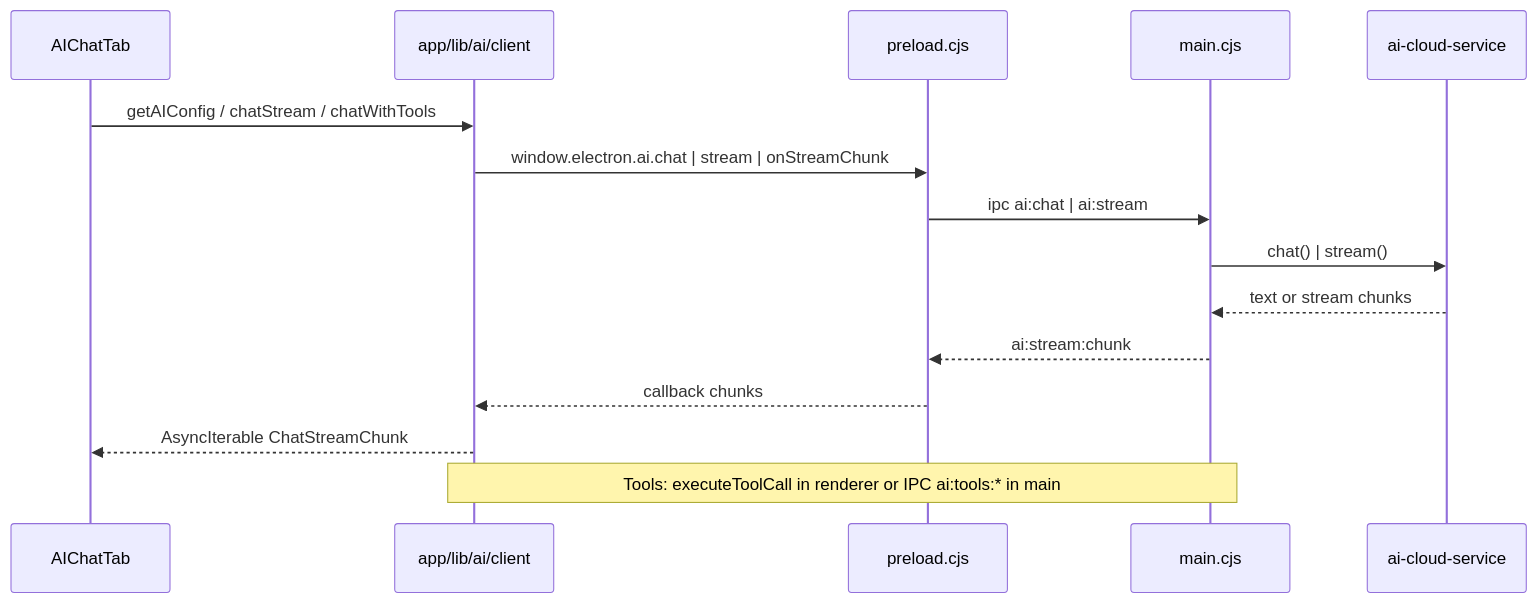
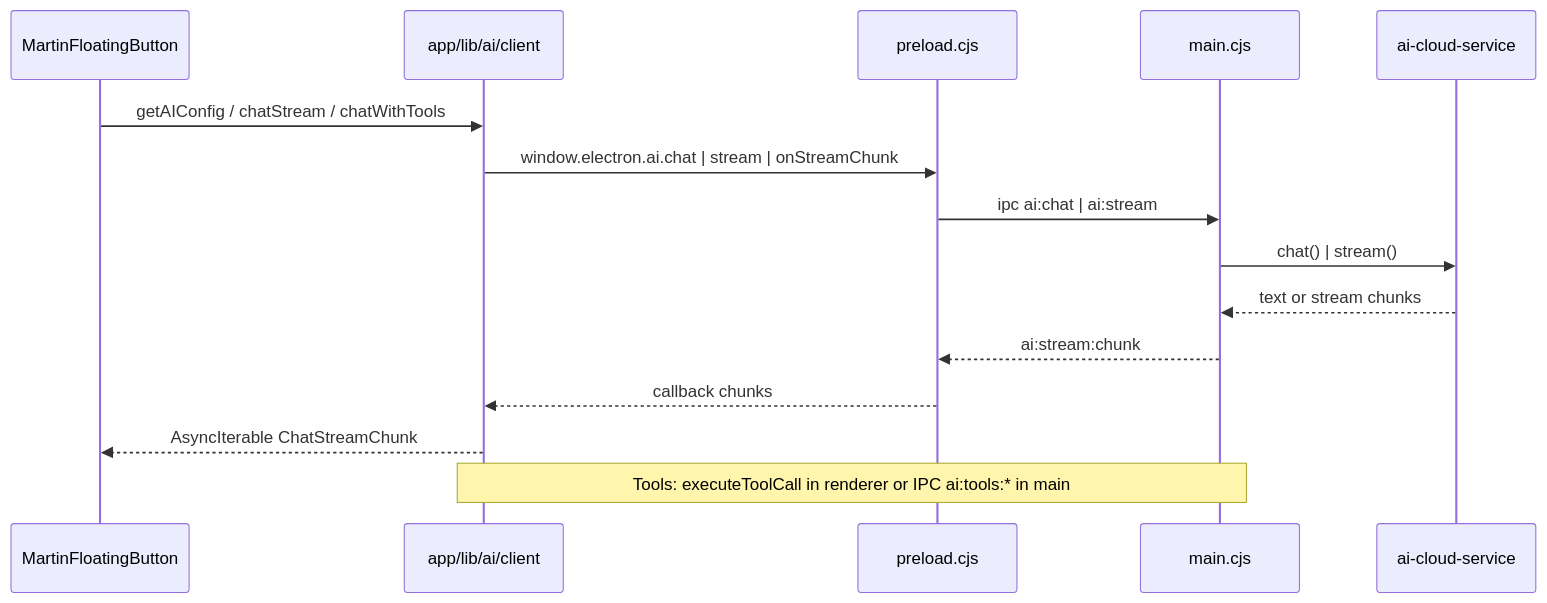
One commit to maxprain12/dome changed the diagram in docs/ai-chat.md. Above: the diagram before and after it, drawn with Mermaid. The commit also changed other lines of this file and 58 other files, not shown here.

````diff
--- a/docs/ai-chat.md
+++ b/docs/ai-chat.md
@@ -168,17 +168,17 @@
 ```mermaid
 sequenceDiagram
-  participant UI as AIChatTab
+  participant UI as MartinFloatingButton
   participant Client as app/lib/ai/client
   participant Preload as preload.cjs
   participant Main as main.cjs
   participant Cloud as ai-cloud-service
   UI->>Client: getAIConfig / chatStream / chatWithTools
   Client->>Preload: window.electron.ai.chat | stream | onStreamChunk
   Preload->>Main: ipc ai:chat | ai:stream
   Main->>Cloud: chat() | stream()
   Cloud-->>Main: text or stream chunks
   Main-->>Preload: ai:stream:chunk
   Preload-->>Client: callback chunks
   Client-->>UI: AsyncIterable ChatStreamChunk
   Note over Client,Main: Tools: executeToolCall in renderer or IPC ai:tools:* in main
 ```
````
